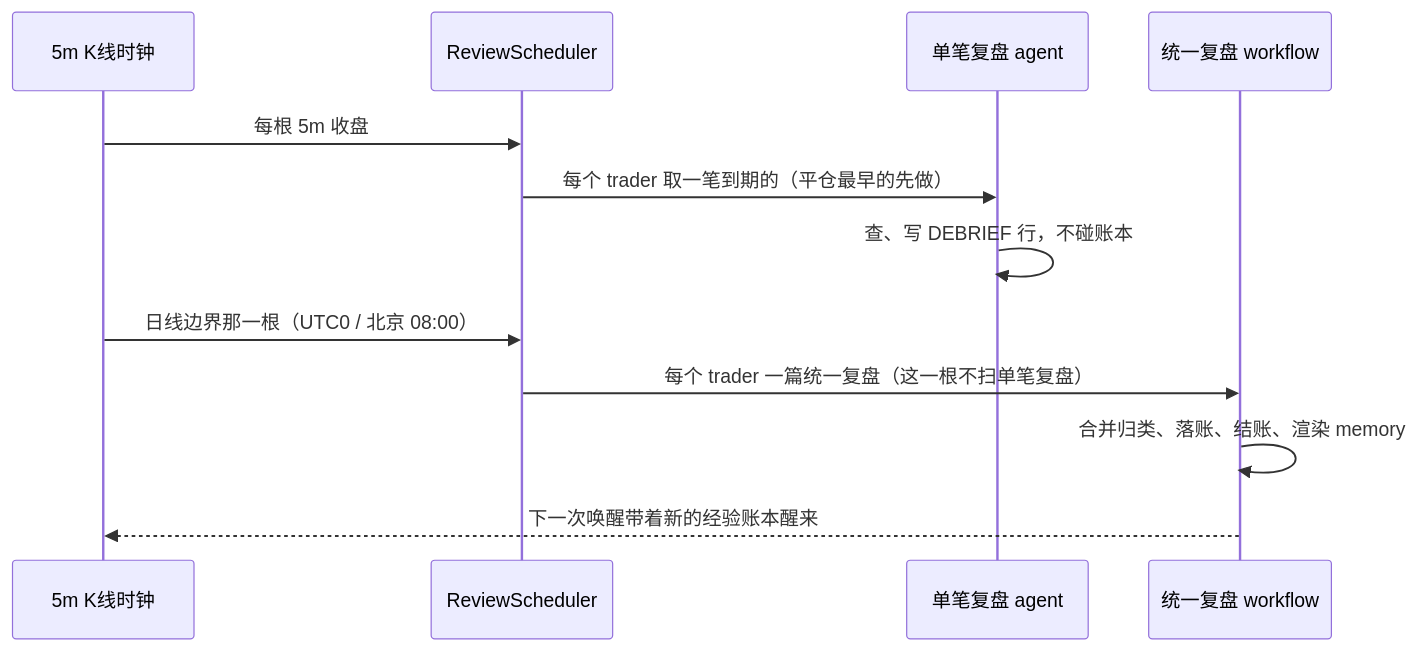
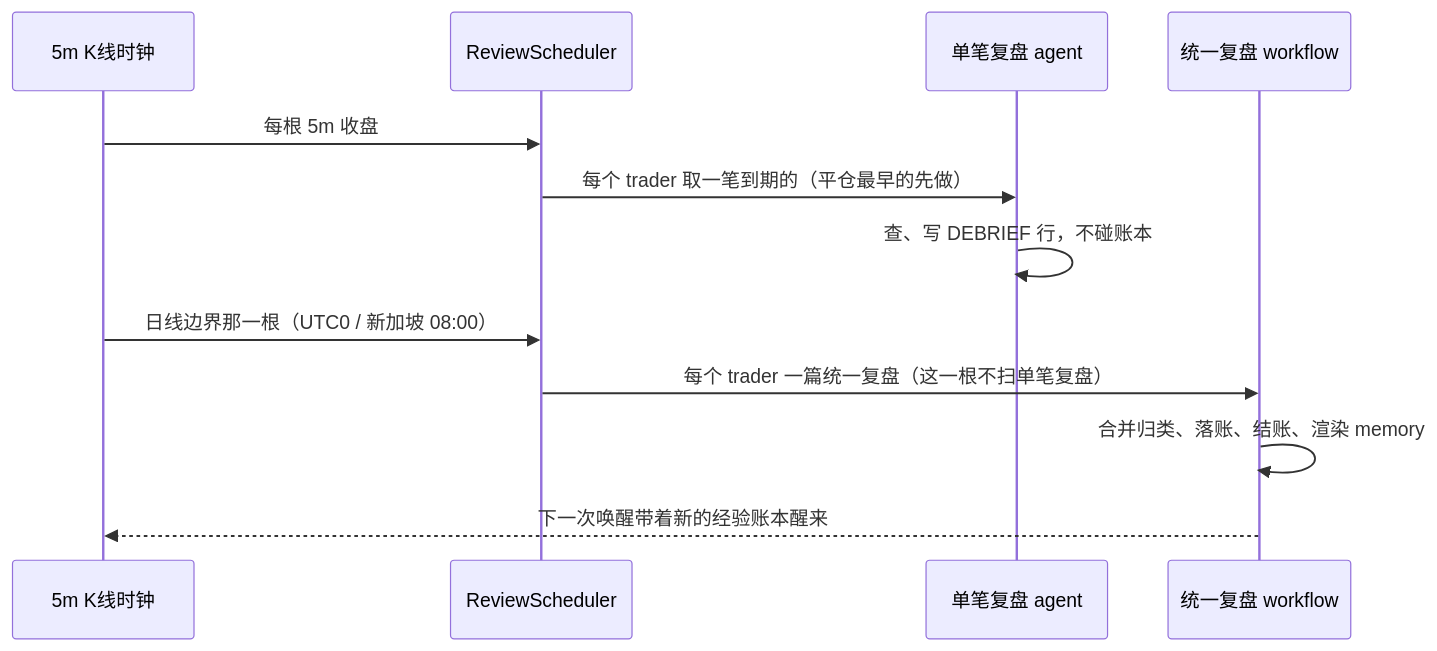
One commit to mamawai/wtfibought changed the sixth of 6 diagrams in docs/agent-harness/architecture.md. Above: the diagram before and after it, drawn with Mermaid. The commit also changed other lines of this file and 70 other files, not shown here.

````diff
--- a/docs/agent-harness/architecture.md
+++ b/docs/agent-harness/architecture.md
@@ -207,14 +207,14 @@
 ```mermaid
 sequenceDiagram
     participant K as 5m K线时钟
     participant S as ReviewScheduler
     participant D as 单笔复盘 agent
     participant R as 统一复盘 workflow
     K->>S: 每根 5m 收盘
     S->>D: 每个 trader 取一笔到期的（平仓最早的先做）
     D->>D: 查、写 DEBRIEF 行，不碰账本
-    K->>S: 日线边界那一根（UTC0 / 北京 08:00）
+    K->>S: 日线边界那一根（UTC0 / 新加坡 08:00）
     S->>R: 每个 trader 一篇统一复盘（这一根不扫单笔复盘）
     R->>R: 合并归类、落账、结账、渲染 memory
     R-->>K: 下一次唤醒带着新的经验账本醒来
 ```
````
